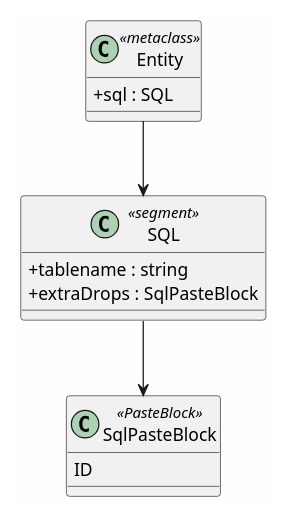
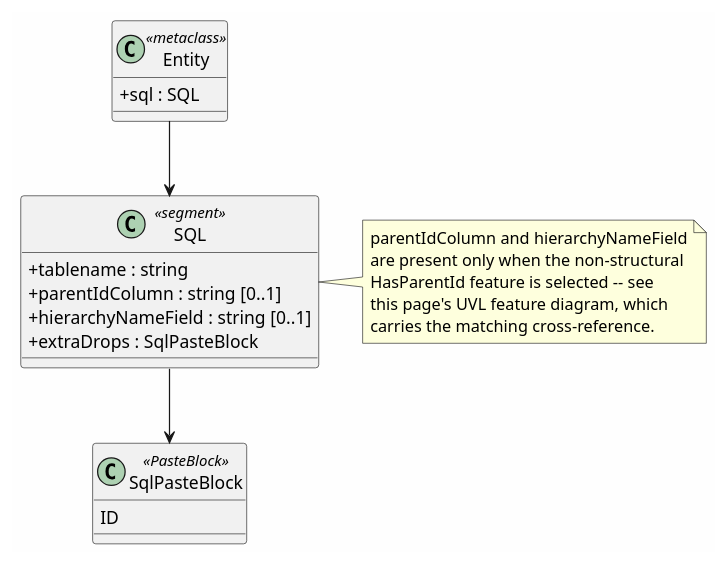
One commit to OreStudio/OreStudio changed the diagram in projects/ores.codegen/modeling/entity_meta_model_sql.org. Above: the diagram before and after it, drawn with PlantUML. The commit also changed other lines of this file and 2 other files, not shown here.

First line of the commit message:
[codegen] Fix has_parent_id's structural/non-structural split; cross-reference both diagrams

```diff
--- a/projects/ores.codegen/modeling/entity_meta_model_sql.org
+++ b/projects/ores.codegen/modeling/entity_meta_model_sql.org
@@ -57,22 +64,32 @@
 #+begin_src plantuml :file entity_meta_model_sql_structural.png
 @startuml
 skinparam backgroundColor #FEFEFE
 skinparam classAttributeIconSize 0
 
 class Entity <<metaclass>> {
   +sql : SQL
 }
 
 class SQL <<segment>> {
   +tablename : string
+  +parentIdColumn : string [0..1]
+  +hierarchyNameField : string [0..1]
   +extraDrops : SqlPasteBlock
 }
+
+note right of SQL
+  parentIdColumn and hierarchyNameField
+  are present only when the non-structural
+  HasParentId feature is selected -- see
+  this page's UVL feature diagram, which
+  carries the matching cross-reference.
+end note
 
 class SqlPasteBlock <<PasteBlock>> {
   ID
 }
 
 Entity --> SQL
 SQL --> SqlPasteBlock
 @enduml
 #+end_src
```
